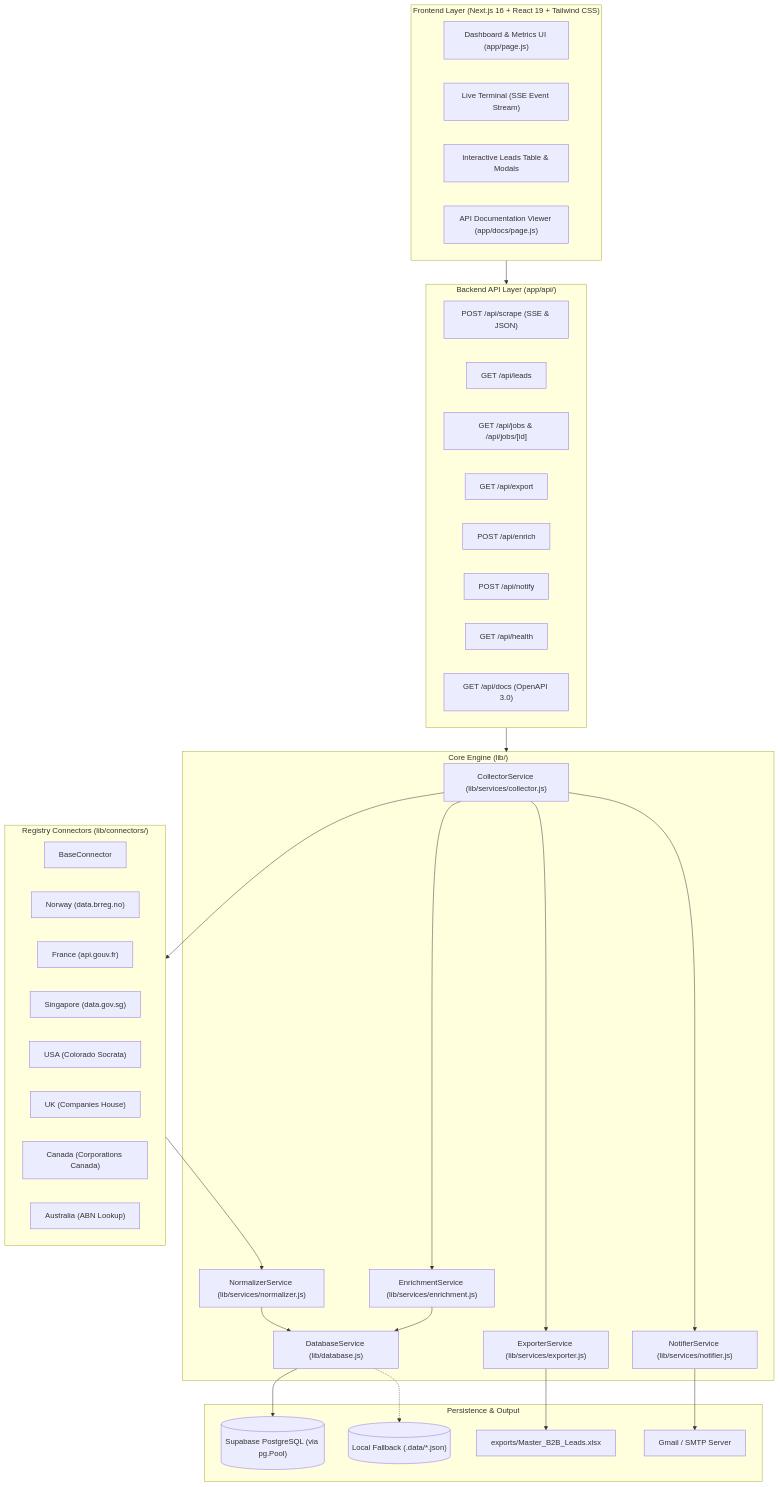
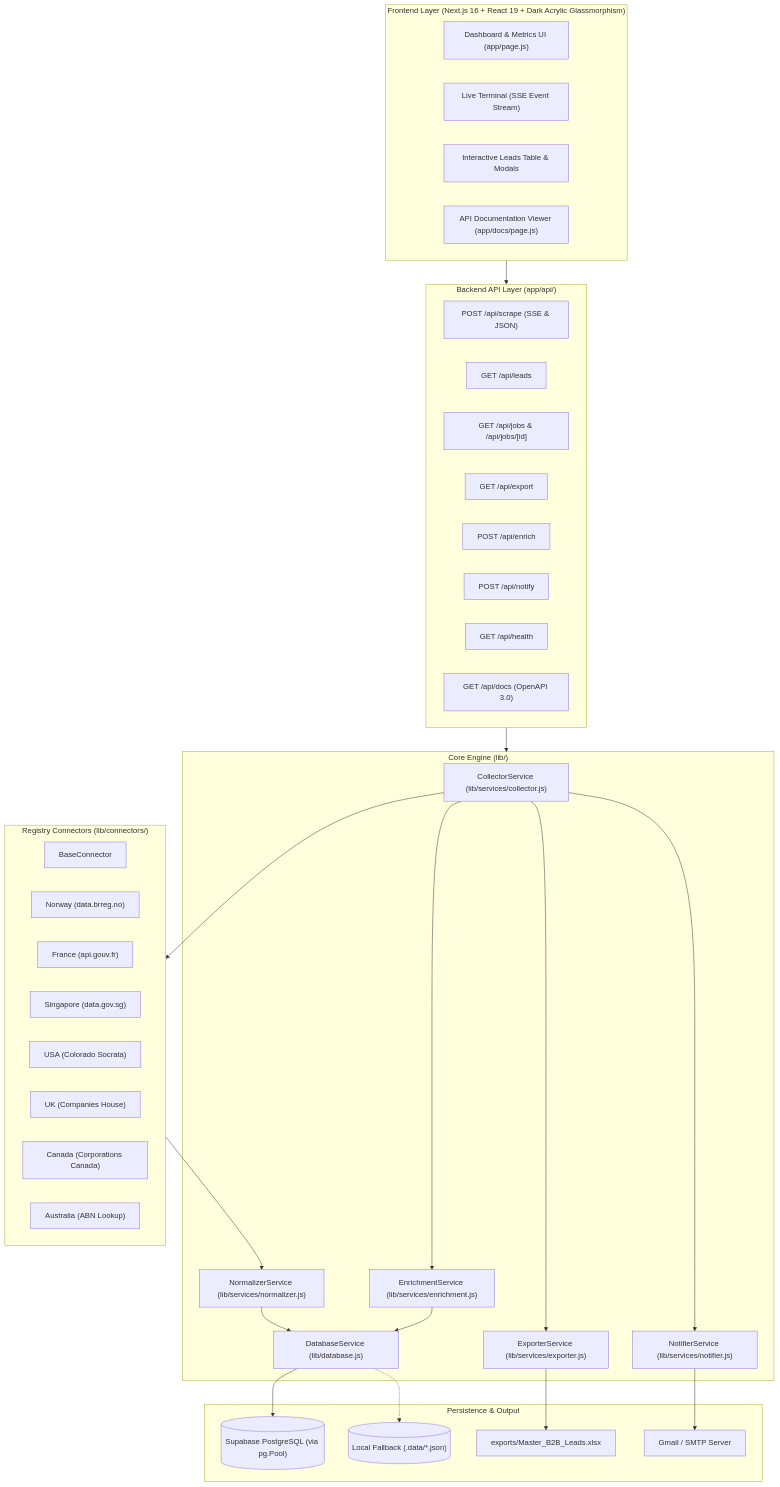
One commit to Dev-Saurabh-K/LeadScrapper changed the diagram in ENGINEERING.md. Above: the diagram before and after it, drawn with Mermaid.

Commit message:
docs: document dark acrylic glassmorphic UI architecture

````diff
--- a/ENGINEERING.md
+++ b/ENGINEERING.md
@@ -11,61 +11,61 @@
 ```mermaid
 flowchart TD
-    subgraph Client ["Frontend Layer (Next.js 16 + React 19 + Tailwind CSS)"]
+    subgraph Client ["Frontend Layer (Next.js 16 + React 19 + Dark Acrylic Glassmorphism)"]
         Dashboard["Dashboard & Metrics UI (app/page.js)"]
         Console["Live Terminal (SSE Event Stream)"]
         LeadsTable["Interactive Leads Table & Modals"]
         APIDocsUI["API Documentation Viewer (app/docs/page.js)"]
     end
 
     subgraph API ["Backend API Layer (app/api/)"]
         ScrapeEndpoint["POST /api/scrape (SSE & JSON)"]
         LeadsEndpoint["GET /api/leads"]
         JobsEndpoint["GET /api/jobs & /api/jobs/[id]"]
         ExportEndpoint["GET /api/export"]
         EnrichEndpoint["POST /api/enrich"]
         NotifyEndpoint["POST /api/notify"]
         HealthEndpoint["GET /api/health"]
         DocsEndpoint["GET /api/docs (OpenAPI 3.0)"]
     end
 
     subgraph Core ["Core Engine (lib/)"]
         Collector["CollectorService (lib/services/collector.js)"]
         Normalizer["NormalizerService (lib/services/normalizer.js)"]
         Enrichment["EnrichmentService (lib/services/enrichment.js)"]
         Exporter["ExporterService (lib/services/exporter.js)"]
         Notifier["NotifierService (lib/services/notifier.js)"]
         DBLayer["DatabaseService (lib/database.js)"]
     end
 
     subgraph Connectors ["Registry Connectors (lib/connectors/)"]
         BaseConn["BaseConnector"]
         NOConn["Norway (data.brreg.no)"]
         FRConn["France (api.gouv.fr)"]
         SGConn["Singapore (data.gov.sg)"]
         USConn["USA (Colorado Socrata)"]
         UKConn["UK (Companies House)"]
         CAConn["Canada (Corporations Canada)"]
         AUConn["Australia (ABN Lookup)"]
     end
 
     subgraph Storage ["Persistence & Output"]
         PGPool[("Supabase PostgreSQL (via pg.Pool)")]
         LocalStore[("Local Fallback (.data/*.json)")]
         ExcelFile["exports/Master_B2B_Leads.xlsx"]
         SMTPHost["Gmail / SMTP Server"]
     end
 
     Client --> API
     API --> Core
     Collector --> Connectors
     Connectors --> Normalizer
     Normalizer --> DBLayer
     Collector --> Enrichment
     Enrichment --> DBLayer
     Collector --> Exporter
     Exporter --> ExcelFile
     Collector --> Notifier
     Notifier --> SMTPHost
     DBLayer --> PGPool
     DBLayer -.-> LocalStore
 ```
````
